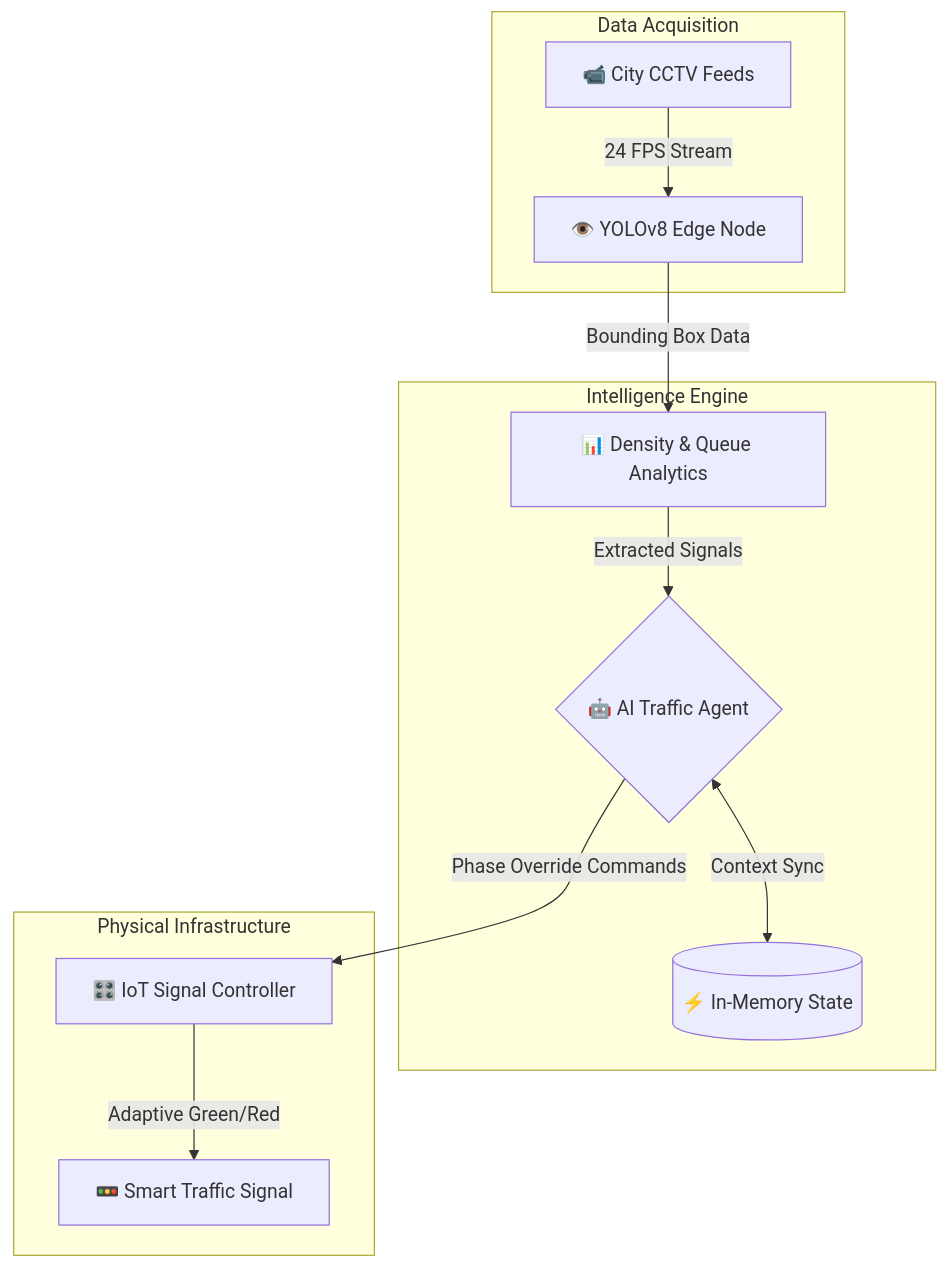
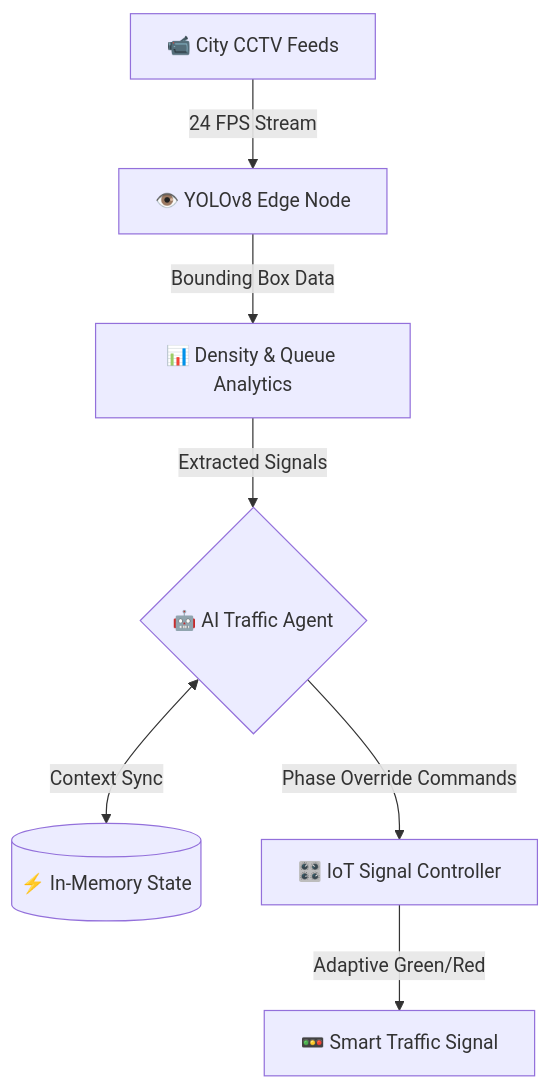
One commit to vaishnavi-ctrl-jpg/SIGNAL-X changed the first of 3 diagrams in README.md. Above: the diagram before and after it, drawn with Mermaid.

Commit message:
docs: remove subgraphs from architecture diagram

````diff
--- a/README.md
+++ b/README.md
@@ -27,20 +27,14 @@
 ```mermaid
 graph TD
     %% Input Layer
-    subgraph Data Acquisition
-        CCTV[📹 City CCTV Feeds] -->|24 FPS Stream| YOLO[👁️ YOLOv8 Edge Node]
-    end
+    CCTV[📹 City CCTV Feeds] -->|24 FPS Stream| YOLO[👁️ YOLOv8 Edge Node]
 
     %% AI Processing Layer
-    subgraph Intelligence Engine
-        YOLO -->|Bounding Box Data| DensityMetrics[📊 Density & Queue Analytics]
-        DensityMetrics -->|Extracted Signals| Agent{🤖 AI Traffic Agent}
-        Agent <-->|Context Sync| Redis[(⚡ In-Memory State)]
-    end
+    YOLO -->|Bounding Box Data| DensityMetrics[📊 Density & Queue Analytics]
+    DensityMetrics -->|Extracted Signals| Agent{🤖 AI Traffic Agent}
+    Agent <-->|Context Sync| Redis[(⚡ In-Memory State)]
 
     %% Hardware Actuation
-    subgraph Physical Infrastructure
-        Agent -->|Phase Override Commands| IoT[🎛️ IoT Signal Controller]
-        IoT -->|Adaptive Green/Red| Signal[🚥 Smart Traffic Signal]
-    end
+    Agent -->|Phase Override Commands| IoT[🎛️ IoT Signal Controller]
+    IoT -->|Adaptive Green/Red| Signal[🚥 Smart Traffic Signal]
 ```
````
